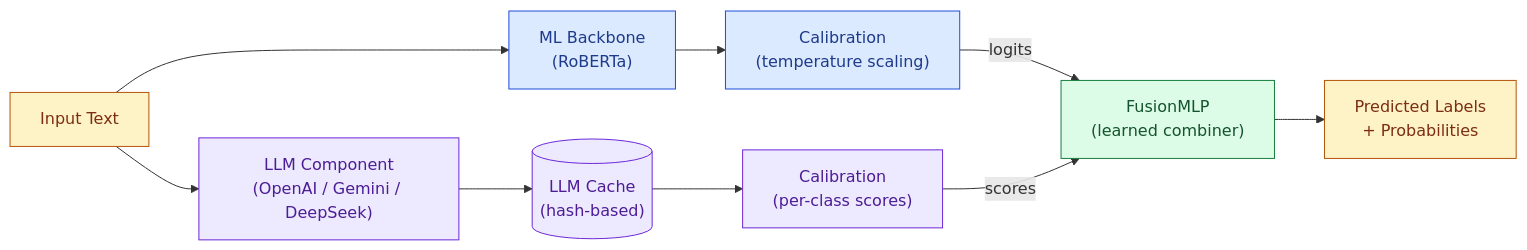
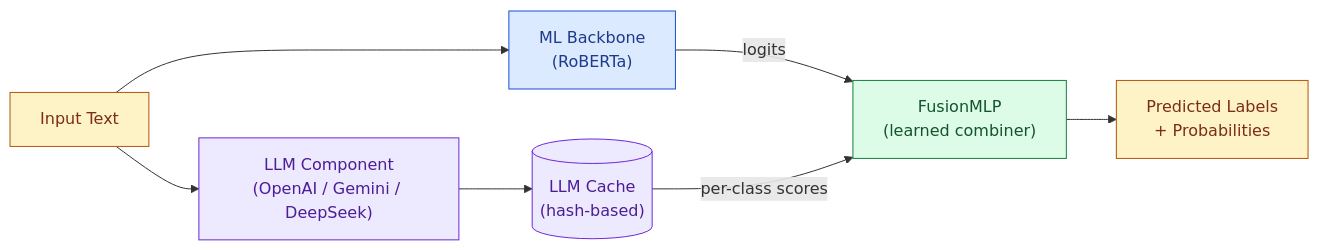
One commit to DataandAIReseach/LabelFusion changed the diagram in README.md. Above: the diagram before and after it, drawn with Mermaid. The commit also changed other lines of this file, not shown here.

````diff
--- a/README.md
+++ b/README.md
@@ -49,23 +49,21 @@
 ```mermaid
 flowchart LR
     T["Input Text"] --> ML["ML Backbone<br/>(RoBERTa)"]
     T --> LLM["LLM Component<br/>(OpenAI / Gemini / DeepSeek)"]
 
-    ML --> MLC["Calibration<br/>(temperature scaling)"]
     LLM --> CACHE[("LLM Cache<br/>(hash-based)")]
-    CACHE --> LLMC["Calibration<br/>(per-class scores)"]
 
-    MLC -->|"logits"| FUSE["FusionMLP<br/>(learned combiner)"]
-    LLMC -->|"scores"| FUSE
+    ML -->|"logits"| FUSE["FusionMLP<br/>(learned combiner)"]
+    CACHE -->|"per-class scores"| FUSE
 
     FUSE --> OUT["Predicted Labels<br/>+ Probabilities"]
 
     classDef ml fill:#dbeafe,stroke:#1d4ed8,color:#1e3a8a;
     classDef llm fill:#ede9fe,stroke:#6d28d9,color:#4c1d95;
     classDef fuse fill:#dcfce7,stroke:#15803d,color:#14532d;
     classDef io fill:#fef3c7,stroke:#b45309,color:#7c2d12;
-    class ML,MLC ml;
-    class LLM,LLMC,CACHE llm;
+    class ML ml;
+    class LLM,CACHE llm;
     class FUSE fuse;
     class T,OUT io;
 ```
````
